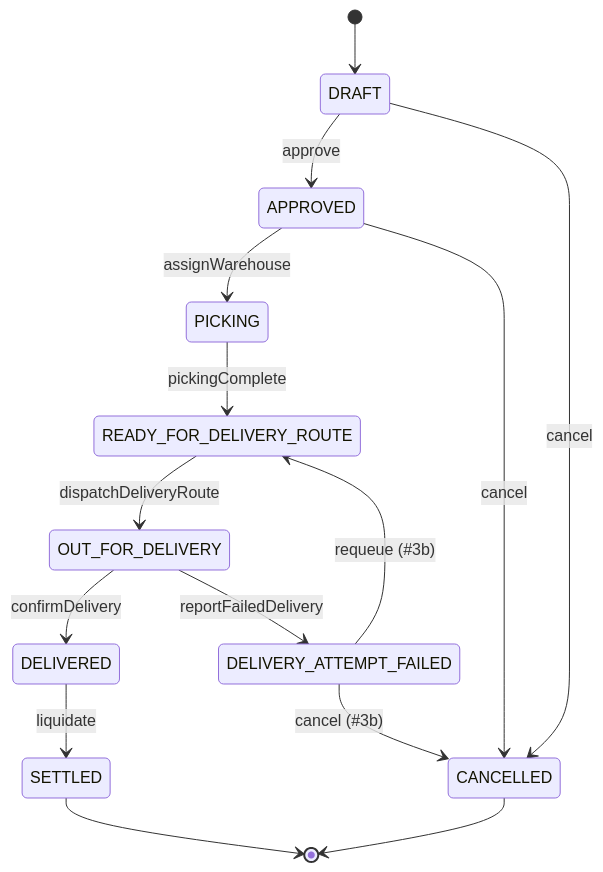
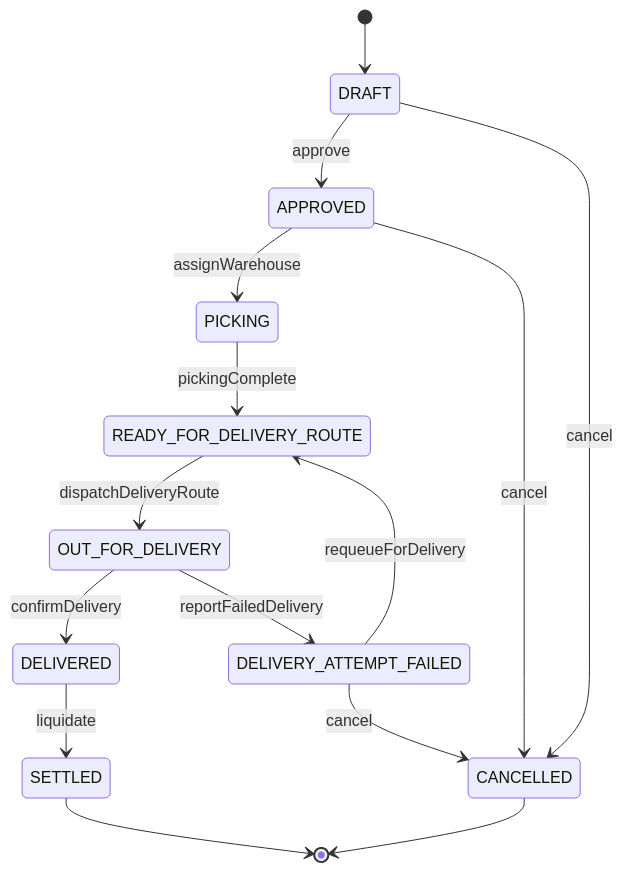
Before and after one commit to kevin-esq/binexus-platform: the diagram in docs/states/order.md, drawn with Mermaid. The commit also changed other lines of this file and 20 other files, not shown here.

First line of the commit message:
feat(orders): resolve failed delivery with requeue and cancel paths (#49)

````diff
--- a/docs/states/order.md
+++ b/docs/states/order.md
@@ -5,17 +5,17 @@
 ```mermaid
 stateDiagram-v2
     [*] --> DRAFT
     DRAFT --> APPROVED: approve
     DRAFT --> CANCELLED: cancel
     APPROVED --> PICKING: assignWarehouse
     APPROVED --> CANCELLED: cancel
     PICKING --> READY_FOR_DELIVERY_ROUTE: pickingComplete
     READY_FOR_DELIVERY_ROUTE --> OUT_FOR_DELIVERY: dispatchDeliveryRoute
     OUT_FOR_DELIVERY --> DELIVERED: confirmDelivery
     OUT_FOR_DELIVERY --> DELIVERY_ATTEMPT_FAILED: reportFailedDelivery
-    DELIVERY_ATTEMPT_FAILED --> READY_FOR_DELIVERY_ROUTE: requeue (#3b)
-    DELIVERY_ATTEMPT_FAILED --> CANCELLED: cancel (#3b)
+    DELIVERY_ATTEMPT_FAILED --> READY_FOR_DELIVERY_ROUTE: requeueForDelivery
+    DELIVERY_ATTEMPT_FAILED --> CANCELLED: cancel
     DELIVERED --> SETTLED: liquidate
     SETTLED --> [*]
     CANCELLED --> [*]
 ```
````
